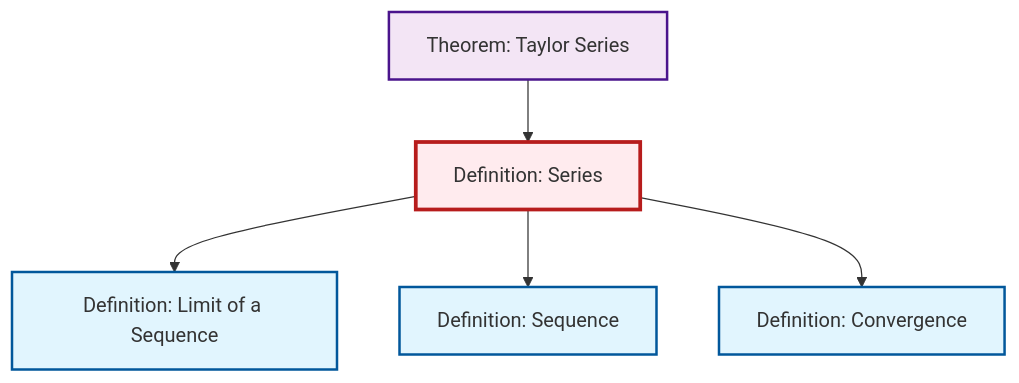
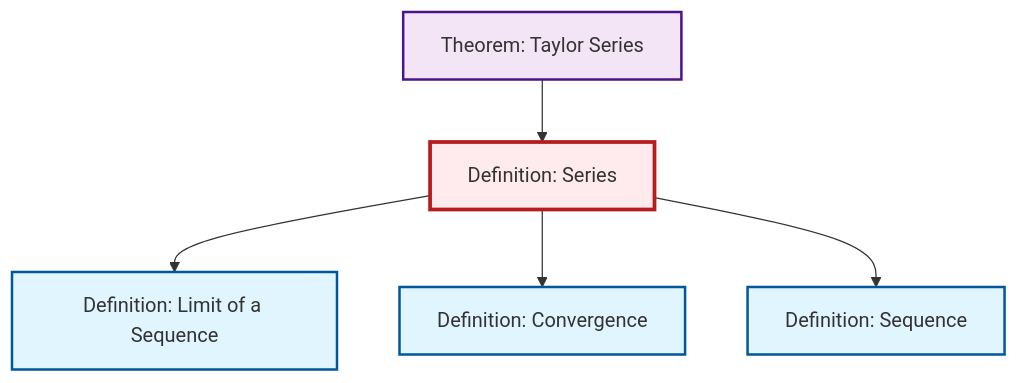
Before and after one commit to RK0429/ModernMath: the diagram in content/ja/analysis/def-series.qmd, drawn with Mermaid. The commit also changed other lines of this file and 531 other files, not shown here.

````diff
--- a/content/ja/analysis/def-series.qmd
+++ b/content/ja/analysis/def-series.qmd
@@ -91,23 +91,23 @@
 ```{mermaid}
 %%| fig-cap: "Local dependency graph"
 graph TD
     classDef definition fill:#e1f5fe,stroke:#01579b,stroke-width:2px
     classDef theorem fill:#f3e5f5,stroke:#4a148c,stroke-width:2px
     classDef axiom fill:#fff3e0,stroke:#e65100,stroke-width:2px
     classDef example fill:#e8f5e9,stroke:#1b5e20,stroke-width:2px
     classDef current fill:#ffebee,stroke:#b71c1c,stroke-width:3px
+    def-sequence["Definition: Sequence"]:::definition
+    def-series["Definition: Series"]:::definition
     def-limit["Definition: Limit of a Sequence"]:::definition
-    def-series["Definition: Series"]:::definition
     def-convergence["Definition: Convergence"]:::definition
-    def-sequence["Definition: Sequence"]:::definition
     thm-taylor-series["Theorem: Taylor Series"]:::theorem
     def-series --> def-limit
+    def-series --> def-convergence
+    thm-taylor-series --> def-series
     def-series --> def-sequence
-    thm-taylor-series --> def-series
-    def-series --> def-convergence
     class def-series current
+    click def-sequence "def-sequence.html" "Definition: Sequenceへ"
     click def-limit "def-limit.html" "Definition: Limit of a Sequenceへ"
     click def-convergence "def-convergence.html" "Definition: Convergenceへ"
-    click def-sequence "def-sequence.html" "Definition: Sequenceへ"
     click thm-taylor-series "thm-taylor-series.html" "Theorem: Taylor Seriesへ"
 ```
````
